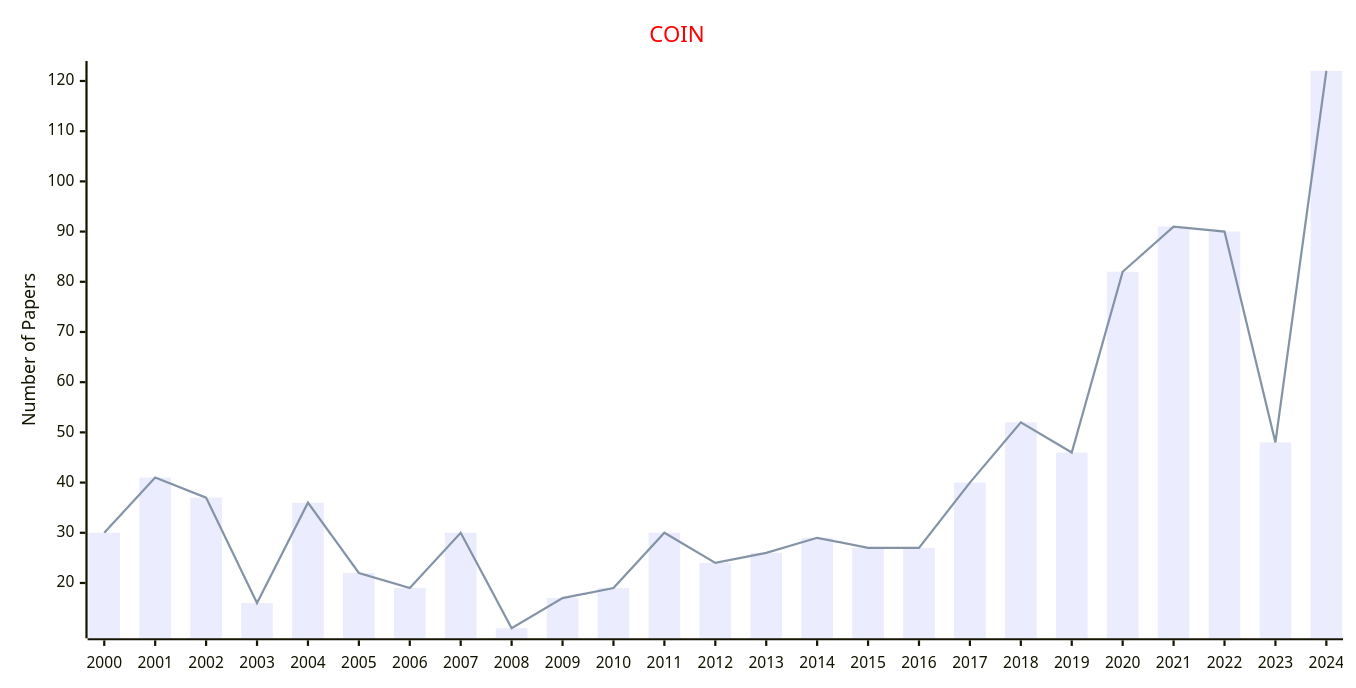
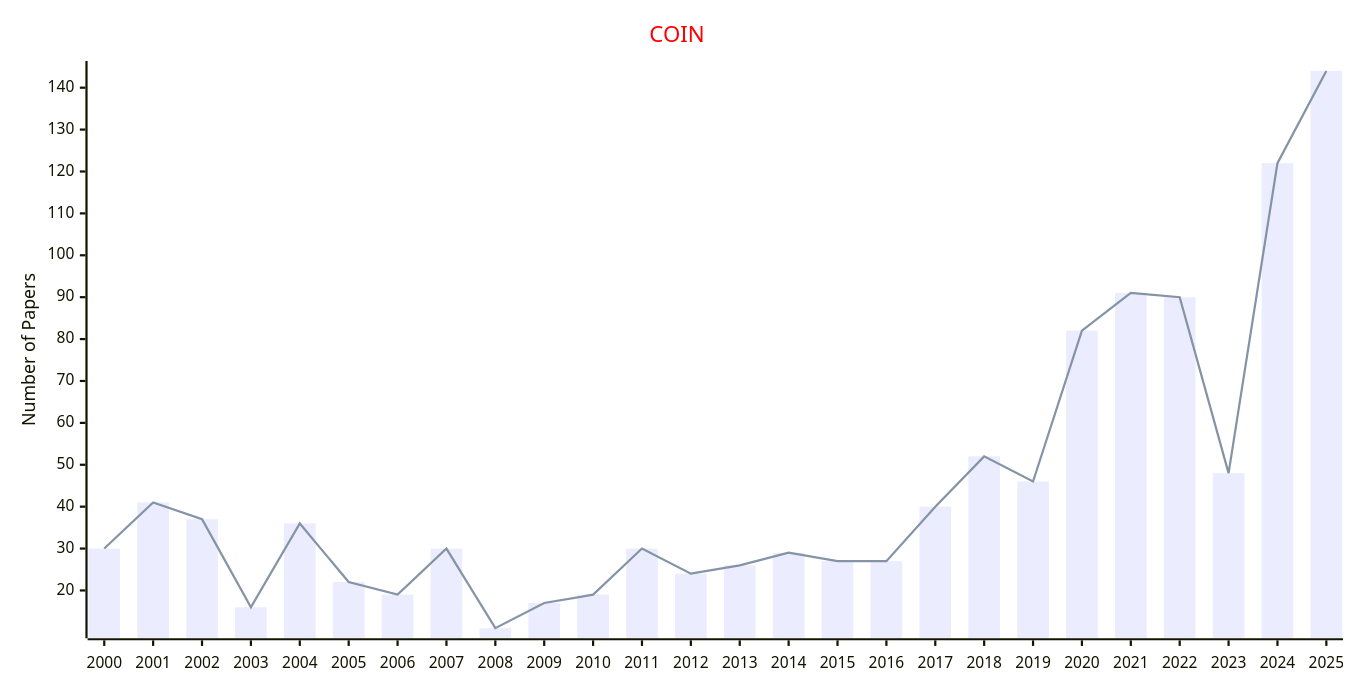
One commit to Easy-PhD/AILinks changed the sixth of 8 diagrams in docs/data/Journals/Statistics_Journals/Computational_Intelligence.md. Above: the diagram before and after it, drawn with Mermaid. The commit also changed other lines of this file and 107 other files, not shown here.

````diff
--- a/docs/data/Journals/Statistics_Journals/Computational_Intelligence.md
+++ b/docs/data/Journals/Statistics_Journals/Computational_Intelligence.md
@@ -129,17 +129,17 @@
 ```mermaid
 ---
 config:
     xyChart:
         width: 1200
         height: 600
     themeVariables:
         xyChart:
             titleColor: "#ff0000"
 ---
 xychart-beta
     title "COIN"
-    x-axis [2000, 2001, 2002, 2003, 2004, 2005, 2006, 2007, 2008, 2009, 2010, 2011, 2012, 2013, 2014, 2015, 2016, 2017, 2018, 2019, 2020, 2021, 2022, 2023, 2024]
+    x-axis [2000, 2001, 2002, 2003, 2004, 2005, 2006, 2007, 2008, 2009, 2010, 2011, 2012, 2013, 2014, 2015, 2016, 2017, 2018, 2019, 2020, 2021, 2022, 2023, 2024, 2025]
     y-axis "Number of Papers"
-    bar [30, 41, 37, 16, 36, 22, 19, 30, 11, 17, 19, 30, 24, 26, 29, 27, 27, 40, 52, 46, 82, 91, 90, 48, 122]
-    line [30, 41, 37, 16, 36, 22, 19, 30, 11, 17, 19, 30, 24, 26, 29, 27, 27, 40, 52, 46, 82, 91, 90, 48, 122]
+    bar [30, 41, 37, 16, 36, 22, 19, 30, 11, 17, 19, 30, 24, 26, 29, 27, 27, 40, 52, 46, 82, 91, 90, 48, 122, 144]
+    line [30, 41, 37, 16, 36, 22, 19, 30, 11, 17, 19, 30, 24, 26, 29, 27, 27, 40, 52, 46, 82, 91, 90, 48, 122, 144]
 ```
````
